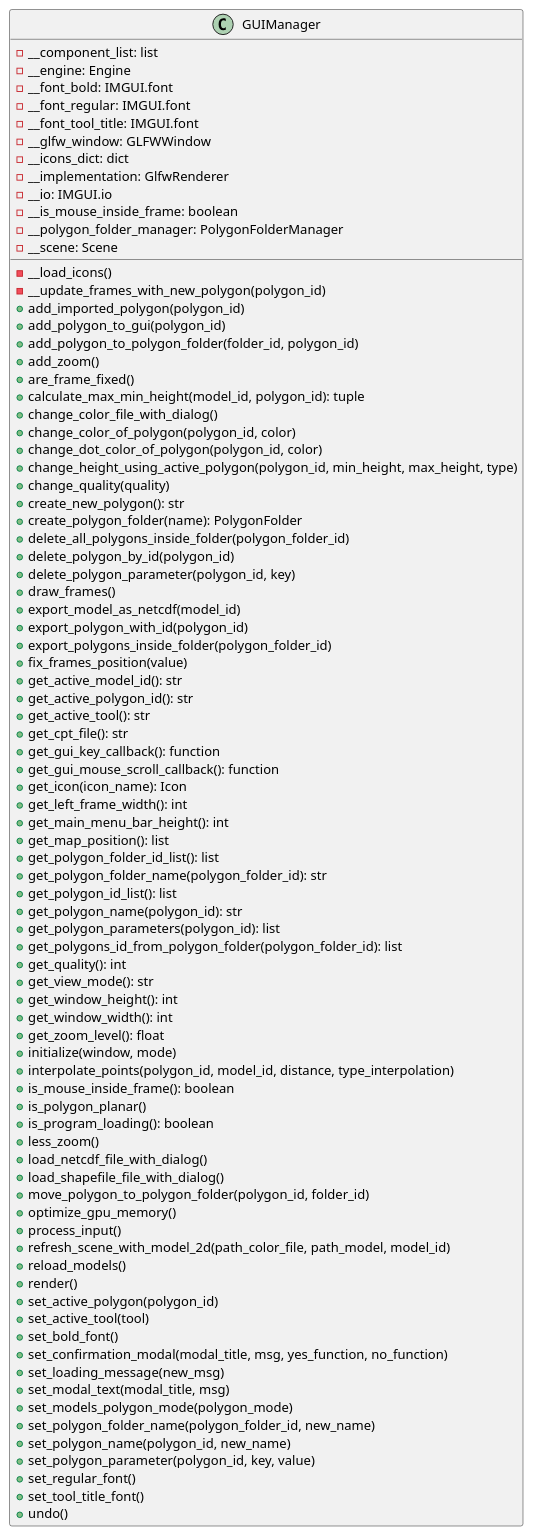
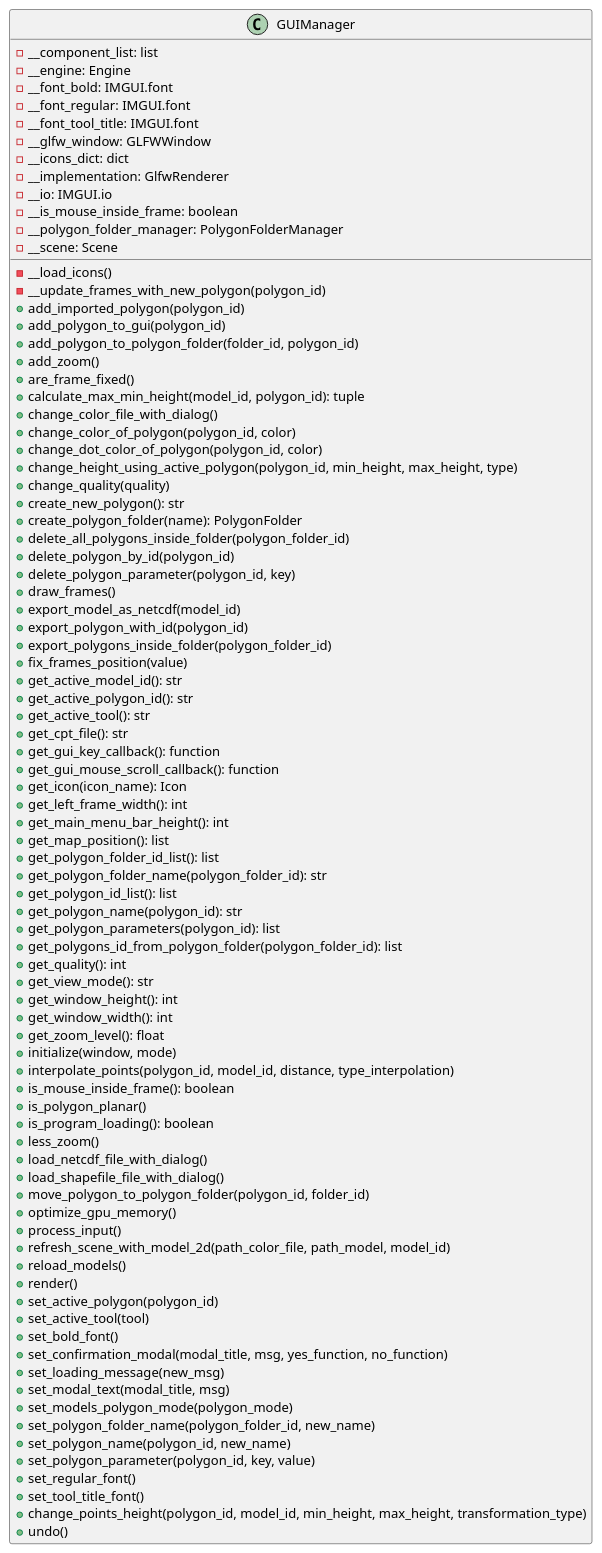
Before and after one commit to ferpoble2/Relief_Creator: the diagram in docs/classes/GUIManager.puml, drawn with PlantUML. The commit also changed 11 other files, not shown here.

Commit message:
Added error codes to the ModelTransformationError class

```diff
--- a/docs/classes/GUIManager.puml
+++ b/docs/classes/GUIManager.puml
@@ -1,89 +1,90 @@
 @startuml
 'https://plantuml.com/class-diagram
 class GUIManager{
     - __component_list: list
     - __engine: Engine
     - __font_bold: IMGUI.font
     - __font_regular: IMGUI.font
     - __font_tool_title: IMGUI.font
     - __glfw_window: GLFWWindow
     - __icons_dict: dict
     - __implementation: GlfwRenderer
     - __io: IMGUI.io
     - __is_mouse_inside_frame: boolean
     - __polygon_folder_manager: PolygonFolderManager
     - __scene: Scene
 
     - __load_icons()
     - __update_frames_with_new_polygon(polygon_id)
     + add_imported_polygon(polygon_id)
     + add_polygon_to_gui(polygon_id)
     + add_polygon_to_polygon_folder(folder_id, polygon_id)
     + add_zoom()
     + are_frame_fixed()
     + calculate_max_min_height(model_id, polygon_id): tuple
     + change_color_file_with_dialog()
     + change_color_of_polygon(polygon_id, color)
     + change_dot_color_of_polygon(polygon_id, color)
     + change_height_using_active_polygon(polygon_id, min_height, max_height, type)
     + change_quality(quality)
     + create_new_polygon(): str
     + create_polygon_folder(name): PolygonFolder
     + delete_all_polygons_inside_folder(polygon_folder_id)
     + delete_polygon_by_id(polygon_id)
     + delete_polygon_parameter(polygon_id, key)
     + draw_frames()
     + export_model_as_netcdf(model_id)
     + export_polygon_with_id(polygon_id)
     + export_polygons_inside_folder(polygon_folder_id)
     + fix_frames_position(value)
     + get_active_model_id(): str
     + get_active_polygon_id(): str
     + get_active_tool(): str
     + get_cpt_file(): str
     + get_gui_key_callback(): function
     + get_gui_mouse_scroll_callback(): function
     + get_icon(icon_name): Icon
     + get_left_frame_width(): int
     + get_main_menu_bar_height(): int
     + get_map_position(): list
     + get_polygon_folder_id_list(): list
     + get_polygon_folder_name(polygon_folder_id): str
     + get_polygon_id_list(): list
     + get_polygon_name(polygon_id): str
     + get_polygon_parameters(polygon_id): list
     + get_polygons_id_from_polygon_folder(polygon_folder_id): list
     + get_quality(): int
     + get_view_mode(): str
     + get_window_height(): int
     + get_window_width(): int
     + get_zoom_level(): float
     + initialize(window, mode)
     + interpolate_points(polygon_id, model_id, distance, type_interpolation)
     + is_mouse_inside_frame(): boolean
     + is_polygon_planar()
     + is_program_loading(): boolean
     + less_zoom()
     + load_netcdf_file_with_dialog()
     + load_shapefile_file_with_dialog()
     + move_polygon_to_polygon_folder(polygon_id, folder_id)
     + optimize_gpu_memory()
     + process_input()
     + refresh_scene_with_model_2d(path_color_file, path_model, model_id)
     + reload_models()
     + render()
     + set_active_polygon(polygon_id)
     + set_active_tool(tool)
     + set_bold_font()
     + set_confirmation_modal(modal_title, msg, yes_function, no_function)
     + set_loading_message(new_msg)
     + set_modal_text(modal_title, msg)
     + set_models_polygon_mode(polygon_mode)
     + set_polygon_folder_name(polygon_folder_id, new_name)
     + set_polygon_name(polygon_id, new_name)
     + set_polygon_parameter(polygon_id, key, value)
     + set_regular_font()
     + set_tool_title_font()
+    + change_points_height(polygon_id, model_id, min_height, max_height, transformation_type)
     + undo()
 }
 @enduml
```
